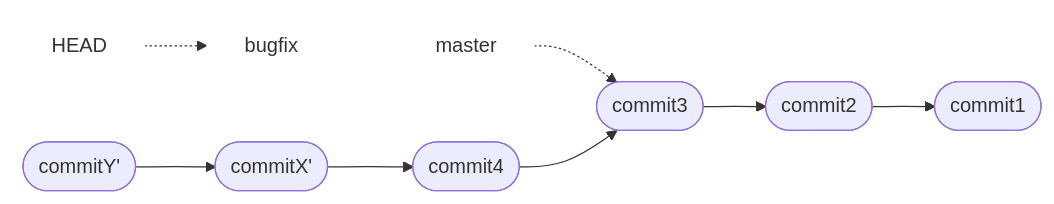
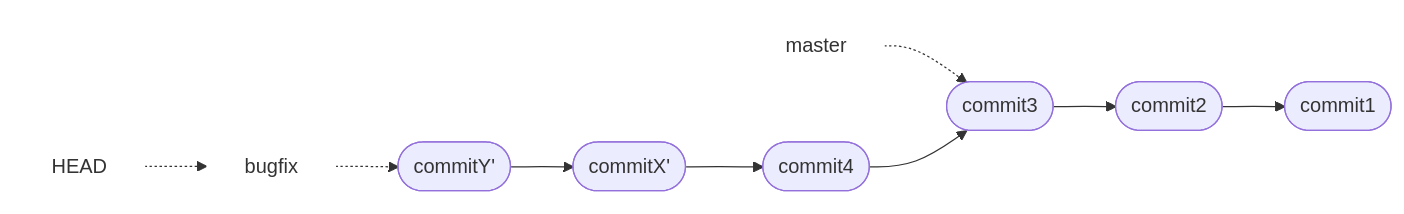
The seventh of 9 diagrams in docs/branches.md (hpc2n/course-intro-git), drawn with Mermaid before and after one commit.

Commit message:
correct git rebase figure

````diff
--- a/docs/branches.md
+++ b/docs/branches.md
@@ -870,25 +870,26 @@
 ```mermaid
 graph LR
 
   master["master"]
   style master fill:#ffffff,stroke:#ffffff
   head["HEAD"]
   style head fill:#ffffff,stroke:#ffffff
   bugfix["bugfix"]
   style bugfix fill:#ffffff,stroke:#ffffff
 
   commit1(["commit1"])
   commit2(["commit2"])
   commit3(["commit3"])
   commit4(["commit4"])
   commitXp(["commitX'"])
   commitYp(["commitY'"])
 
   head -.-> bugfix
   master -.-> commit3
+  bugfix -.-> commitYp
   commitYp --> commitXp
   commitXp --> commit4
   commit4 --> commit3
   commit3 --> commit2
   commit2 --> commit1
 ```
````
